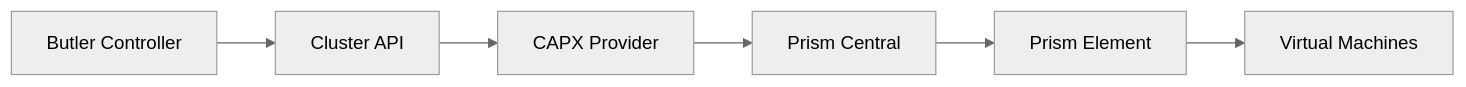
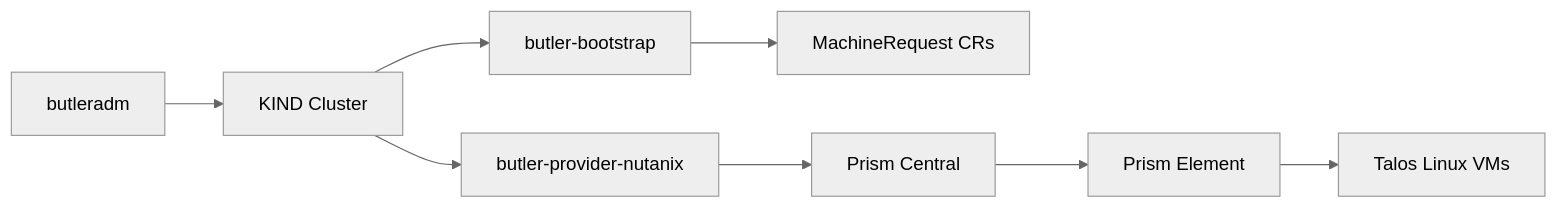
Before and after one commit to butlerdotdev/butler: the diagram in docs/providers/nutanix.md, drawn with Mermaid (neutral theme). The commit also changed other lines of this file and 8 other files, not shown here.

````diff
--- a/docs/providers/nutanix.md
+++ b/docs/providers/nutanix.md
@@ -19,8 +25,10 @@
 ```mermaid
 flowchart LR
-    Butler["Butler Controller"] --> CAPI["Cluster API"]
-    CAPI --> CAPX["CAPX Provider"]
-    CAPX --> PC["Prism Central"]
+    CLI["butleradm"] --> KIND["KIND Cluster"]
+    KIND --> Bootstrap["butler-bootstrap"]
+    KIND --> Provider["butler-provider-nutanix"]
+    Bootstrap --> MR["MachineRequest CRs"]
+    Provider --> PC["Prism Central"]
     PC --> PE["Prism Element"]
-    PE --> VMs["Virtual Machines"]
+    PE --> VMs["Talos Linux VMs"]
 ```
````
